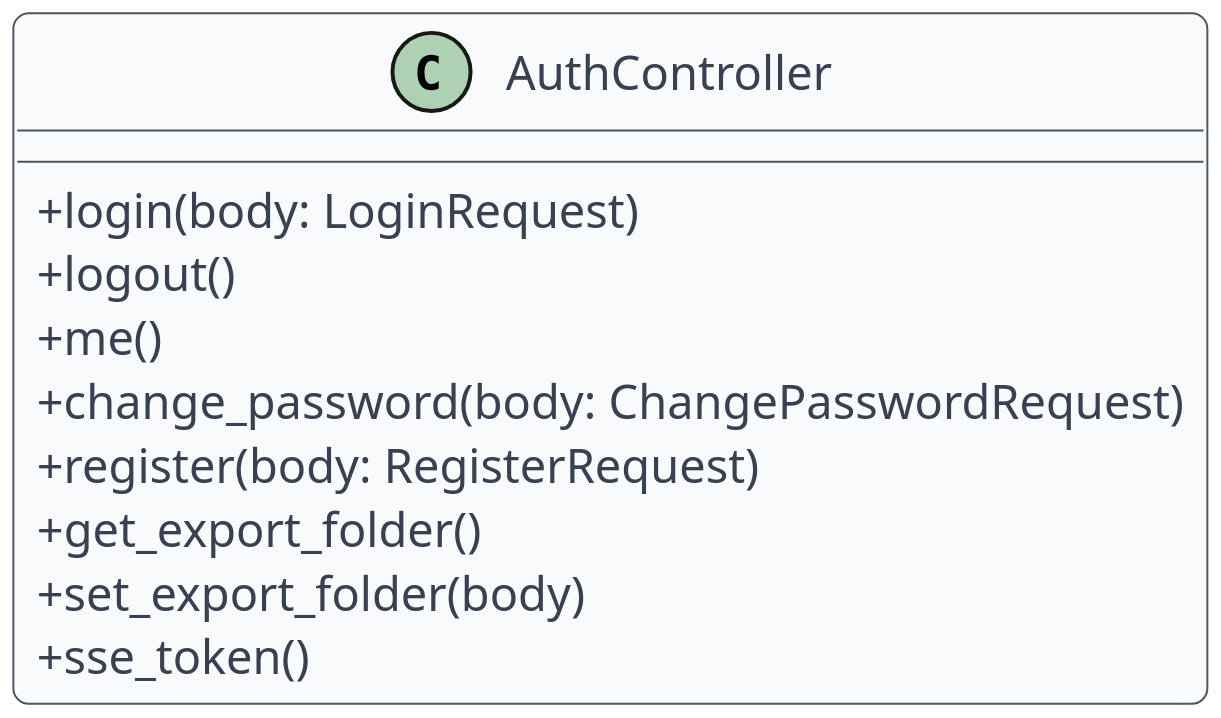
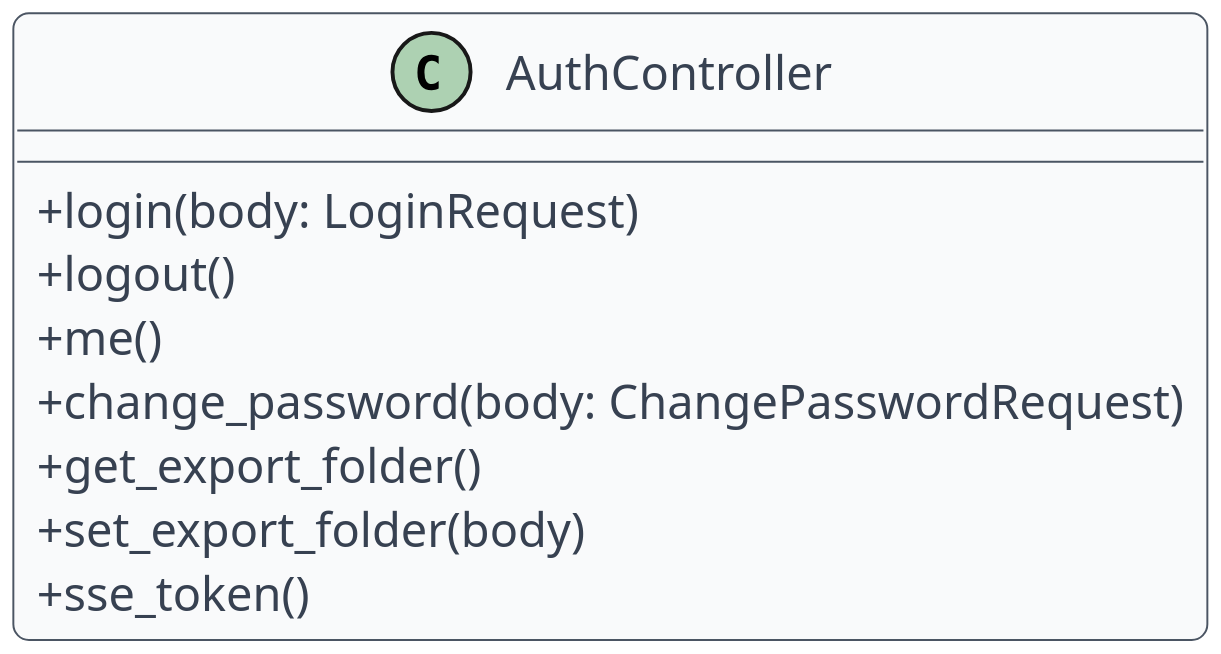
The diagram in src/PB/Documentazione Esterna/Contenuti/componenti_specifiche_tecniche/assets/uml_backend/01_authcontroller.puml (swenightpro/Documentazione), drawn with PlantUML before and after one commit. The commit also changed 14 other files, not shown here.

```diff
--- a/src/PB/Documentazione Esterna/Contenuti/componenti_specifiche_tecniche/assets/uml_backend/01_authcontroller.puml
+++ b/src/PB/Documentazione Esterna/Contenuti/componenti_specifiche_tecniche/assets/uml_backend/01_authcontroller.puml
@@ -1,29 +1,28 @@
 @startuml
 skinparam dpi 300
 skinparam shadowing false
 skinparam backgroundColor White
 skinparam defaultFontName Helvetica
 skinparam defaultFontSize 12
 skinparam ArrowColor #4B5563
 skinparam ArrowThickness 1
 skinparam roundcorner 8
 skinparam class {
   BackgroundColor #F9FAFB
   BorderColor #4B5563
   FontColor #111827
   AttributeFontColor #374151
   StereotypeFontColor #6B7280
 }
 skinparam classAttributeIconSize 0
 
 class "AuthController" as C1 {
   + login(body: LoginRequest)
   + logout()
   + me()
   + change_password(body: ChangePasswordRequest)
-  + register(body: RegisterRequest)
   + get_export_folder()
   + set_export_folder(body)
   + sse_token()
 }
 @enduml
```
